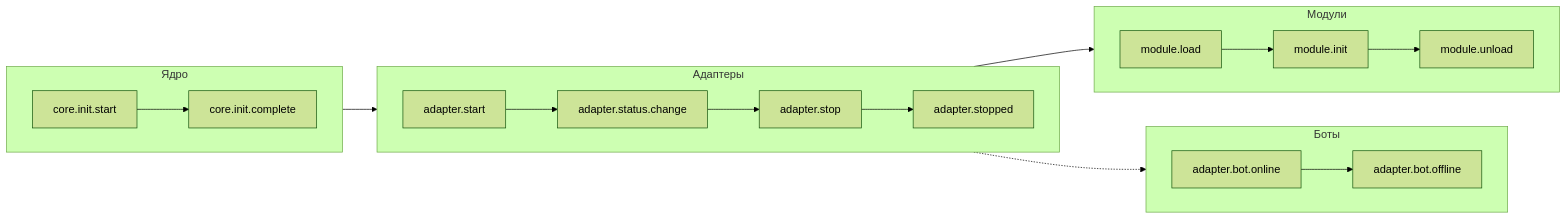
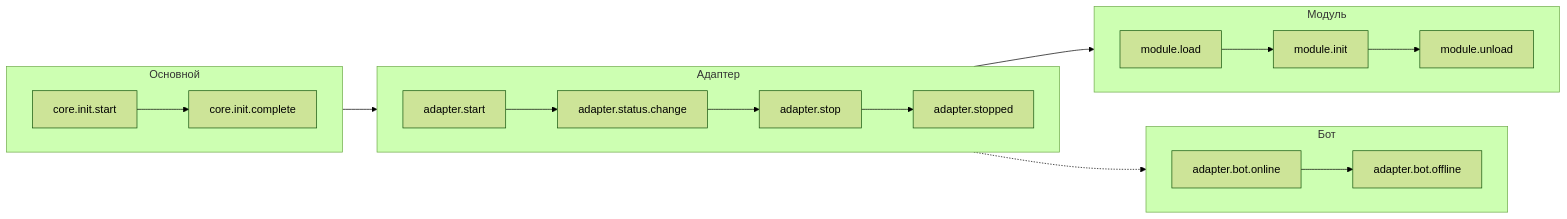
One commit to ErisPulse/ErisPulse changed the fifth of 9 diagrams in docs/ru/architecture.md. Above: the diagram before and after it, drawn with Mermaid (forest theme). The commit also changed other lines of this file and 79 other files, not shown here.

````diff
--- a/docs/ru/architecture.md
+++ b/docs/ru/architecture.md
@@ -161,26 +161,26 @@
 ```mermaid
 flowchart LR
-    subgraph Core["Ядро"]
+    subgraph Core["Основной"]
         direction LR
         C1["core.init.start"] --> C2["core.init.complete"]
     end
 
-    subgraph AdapterLife["Адаптеры"]
+    subgraph AdapterLife["Адаптер"]
         direction LR
         A1["adapter.start"] --> A2["adapter.status.change"] --> A3["adapter.stop"] --> A4["adapter.stopped"]
     end
 
-    subgraph ModuleLife["Модули"]
+    subgraph ModuleLife["Модуль"]
         direction LR
         M1["module.load"] --> M2["module.init"] --> M3["module.unload"]
     end
 
-    subgraph BotLife["Боты"]
+    subgraph BotLife["Бот"]
         direction LR
         B1["adapter.bot.online"] --> B2["adapter.bot.offline"]
     end
 
     Core --> AdapterLife
     AdapterLife --> ModuleLife
     AdapterLife -.-> BotLife
 ```
````
